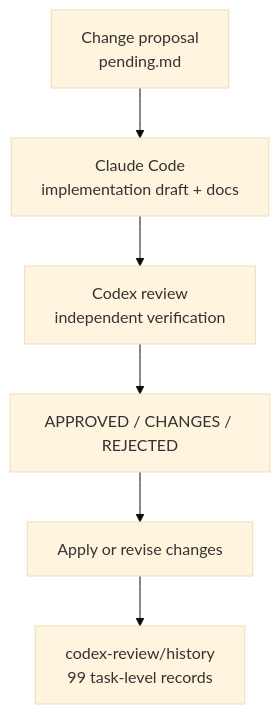
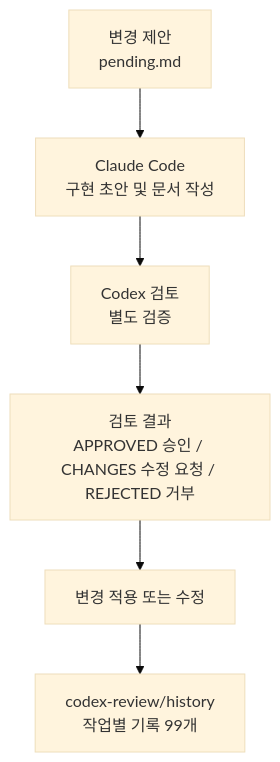
One commit to paek678/ArenaCombat_server changed the diagram in docs/portfolio/ai-development-harness.md. Above: the diagram before and after it, drawn with Mermaid (base theme). The commit also changed other lines of this file and 4 other files, not shown here.

````diff
--- a/docs/portfolio/ai-development-harness.md
+++ b/docs/portfolio/ai-development-harness.md
@@ -11,8 +11,8 @@
 ```mermaid
 flowchart TD
-    Plan["Change proposal\npending.md"] --> Claude["Claude Code\nimplementation draft + docs"]
-    Claude --> Codex["Codex review\nindependent verification"]
-    Codex --> Verdict["APPROVED / CHANGES / REJECTED"]
-    Verdict --> Apply["Apply or revise changes"]
-    Apply --> Archive["codex-review/history\n99 task-level records"]
+    Plan["변경 제안<br/>pending.md"] --> Claude["Claude Code<br/>구현 초안 및 문서 작성"]
+    Claude --> Codex["Codex 검토<br/>별도 검증"]
+    Codex --> Verdict["검토 결과<br/>APPROVED 승인 / CHANGES 수정 요청 / REJECTED 거부"]
+    Verdict --> Apply["변경 적용 또는 수정"]
+    Apply --> Archive["codex-review/history<br/>작업별 기록 99개"]
 ```
````
